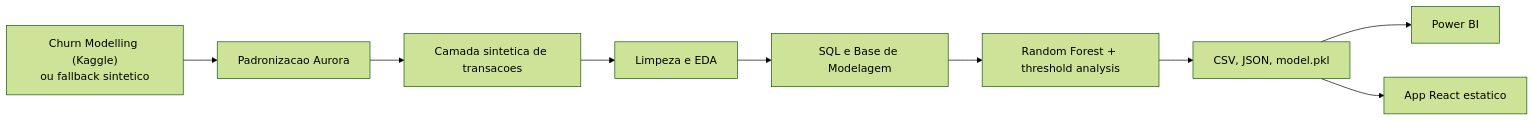
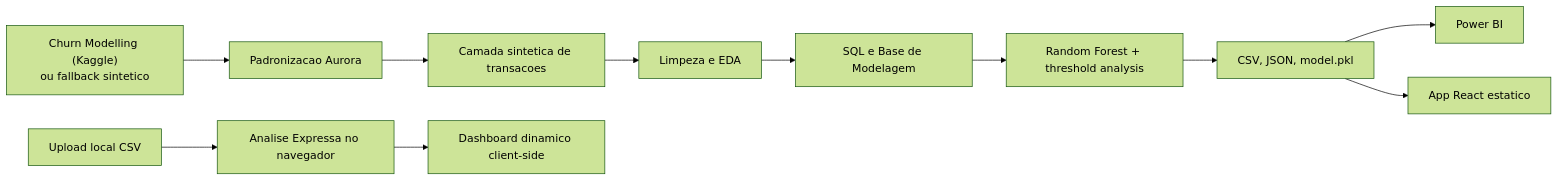
One commit to VicFmartins/aurora-finance-intelligence changed the diagram in README.md. Above: the diagram before and after it, drawn with Mermaid (forest theme). The commit also changed other lines of this file and 11 other files, not shown here.

Commit message:
Adiciona analise expressa e atualiza documentacao final

````diff
--- a/README.md
+++ b/README.md
@@ -79,11 +80,13 @@
 ```mermaid
 flowchart LR
     A["Churn Modelling (Kaggle)<br/>ou fallback sintetico"] --> B["Padronizacao Aurora"]
     B --> C["Camada sintetica de transacoes"]
     C --> D["Limpeza e EDA"]
     D --> E["SQL e Base de Modelagem"]
     E --> F["Random Forest + threshold analysis"]
     F --> G["CSV, JSON, model.pkl"]
     G --> H["Power BI"]
     G --> I["App React estatico"]
+    J["Upload local CSV"] --> K["Analise Expressa no navegador"]
+    K --> L["Dashboard dinamico client-side"]
 ```
````
